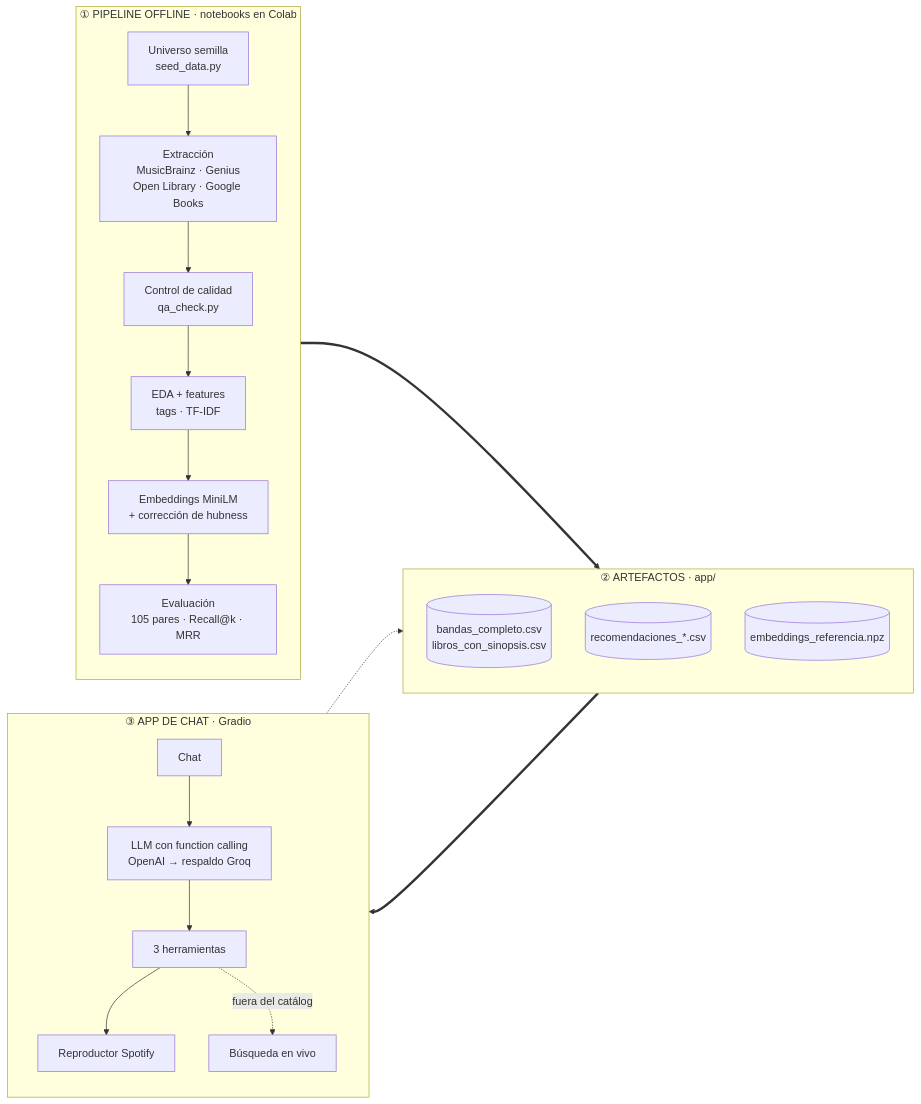
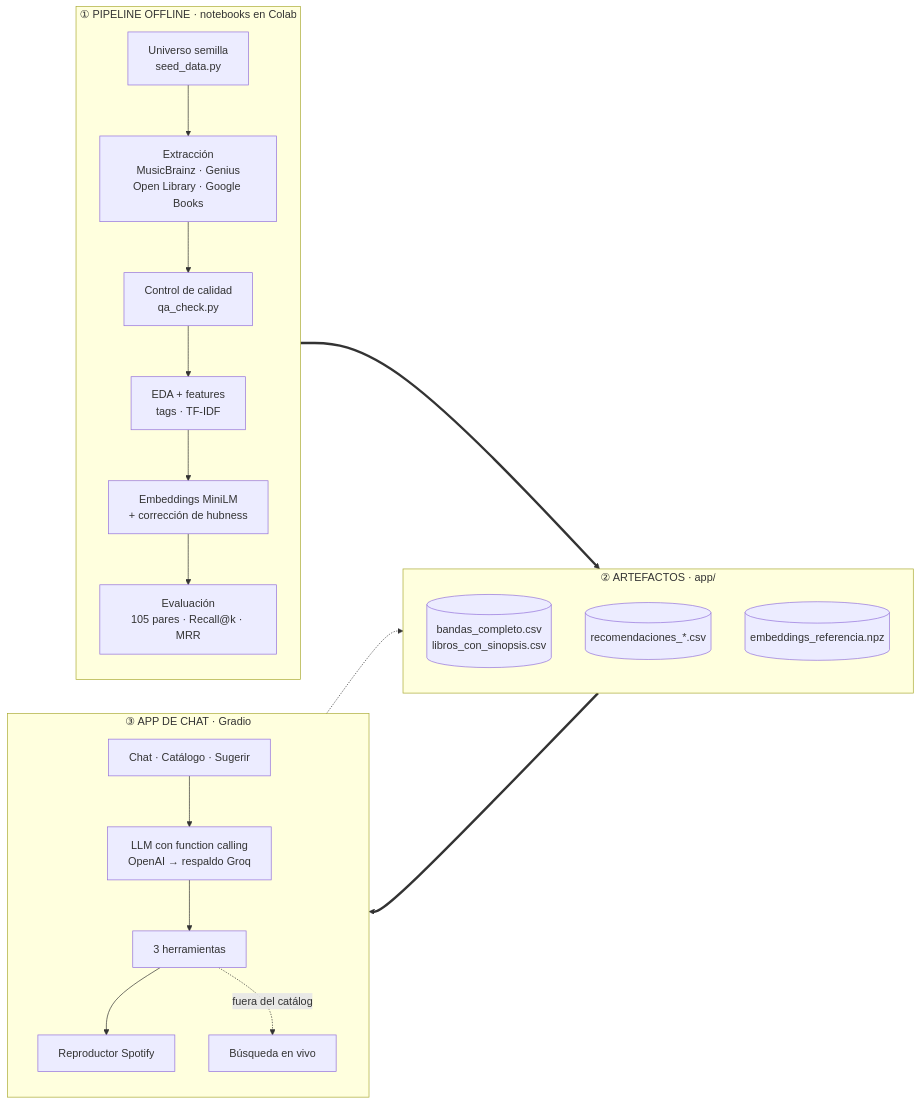
Before and after one commit to virycassales/Inkriff: the first of 2 diagrams in README.md, drawn with Mermaid. The commit also changed other lines of this file and 6 other files, not shown here.

First line of the commit message:
Integrar versión final del chat: Catálogo Top 50, Sugerir y links de compra

````diff
--- a/README.md
+++ b/README.md
@@ -37,30 +46,30 @@
 ```mermaid
 flowchart LR
     subgraph Offline["① PIPELINE OFFLINE · notebooks en Colab"]
         direction TB
         SEED[Universo semilla<br/>seed_data.py] --> EXT[Extracción<br/>MusicBrainz · Genius<br/>Open Library · Google Books]
         EXT --> QA[Control de calidad<br/>qa_check.py]
         QA --> EDA[EDA + features<br/>tags · TF-IDF]
         EDA --> MOD[Embeddings MiniLM<br/>+ corrección de hubness]
         MOD --> EVAL[Evaluación<br/>105 pares · Recall@k · MRR]
     end
 
     subgraph Art["② ARTEFACTOS · app/"]
         direction TB
         CAT[(bandas_completo.csv<br/>libros_con_sinopsis.csv)]
         REC[(recomendaciones_*.csv)]
         EMB[(embeddings_referencia.npz)]
     end
 
     subgraph App["③ APP DE CHAT · Gradio"]
         direction TB
-        UI[Chat] --> LLM[LLM con function calling<br/>OpenAI → respaldo Groq]
+        UI[Chat · Catálogo · Sugerir] --> LLM[LLM con function calling<br/>OpenAI → respaldo Groq]
         LLM --> TOOLS[3 herramientas]
         TOOLS --> SPOT[Reproductor Spotify]
         TOOLS -.fuera del catálogo.-> LIVE[Búsqueda en vivo]
     end
 
     Offline ==> Art
     Art ==> TOOLS
     LIVE -.-> EMB
 ```
````
